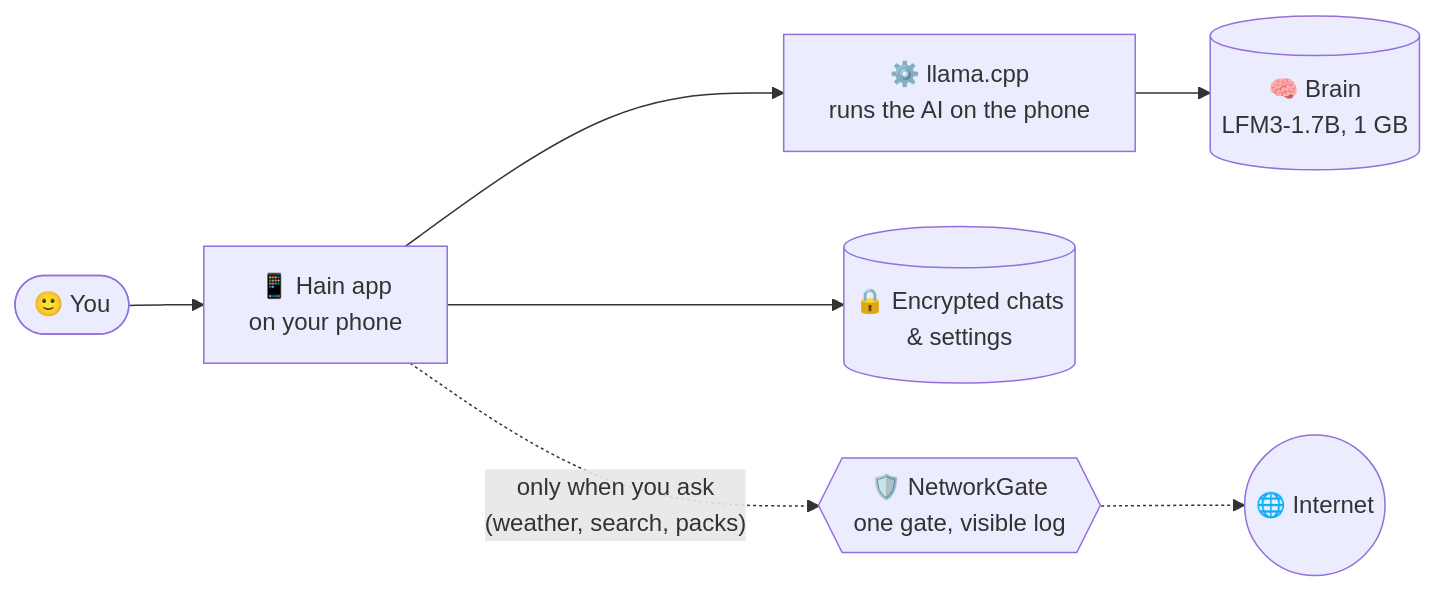
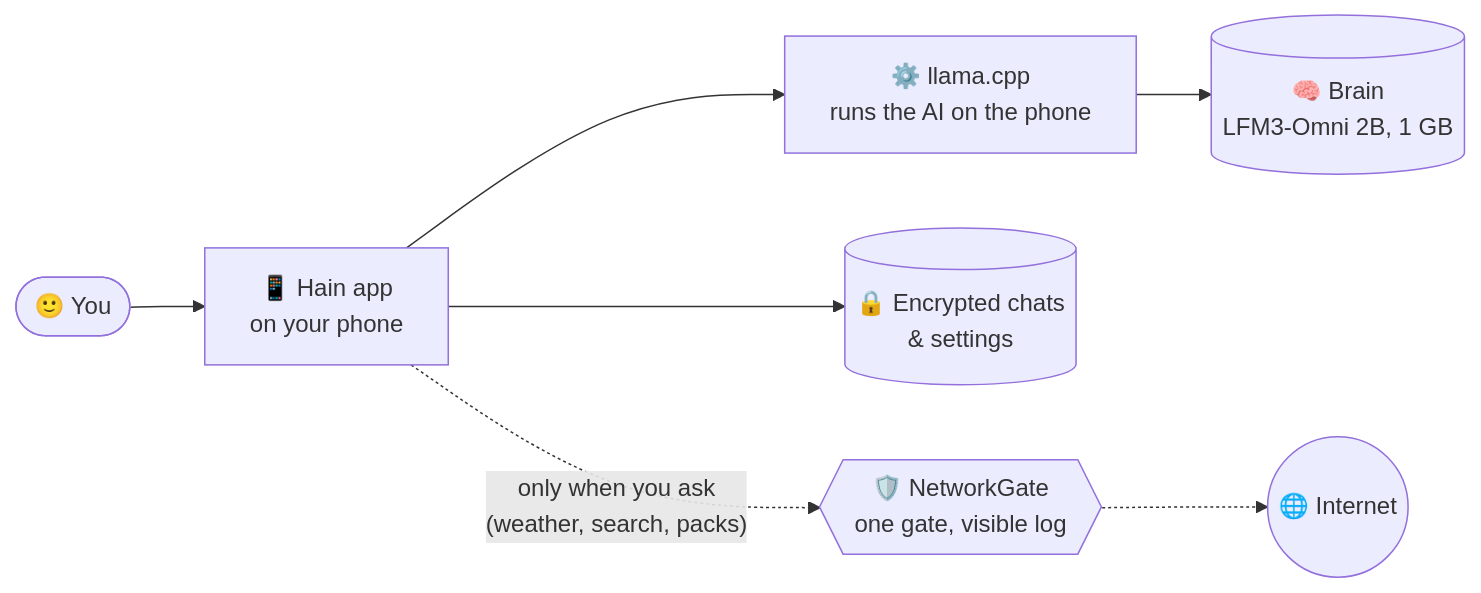
One commit to oskar26/hain changed the diagram in README.md. Above: the diagram before and after it, drawn with Mermaid. The commit also changed other lines of this file and 7 other files, not shown here.

Commit message:
T-268: 0.1.10.7 – hain.versionName, README (features, packs, new in 0.1.10.7), website EN + /de, LICENSES/MODELS (LFM3-Omni-2B, LFM Open License v1.0), STATUS, TASKS T-260–T-268, HANDOFF_LOG

````diff
--- a/README.md
+++ b/README.md
@@ -240,9 +248,9 @@
 ```mermaid
 flowchart LR
     You([🙂 You]) --> App["📱 Hain app<br/>on your phone"]
     App --> LLM["⚙️ llama.cpp<br/>runs the AI on the phone"]
-    LLM --> Brain[("🧠 Brain<br/>LFM3-1.7B, 1 GB")]
+    LLM --> Brain[("🧠 Brain<br/>LFM3-Omni 2B, 1 GB")]
     App --> DB[("🔒 Encrypted chats<br/>& settings")]
     App -. "only when you ask<br/>(weather, search, packs)" .-> Gate{{"🛡️ NetworkGate<br/>one gate, visible log"}}
     Gate -.-> Web((🌐 Internet))
 ```
````
